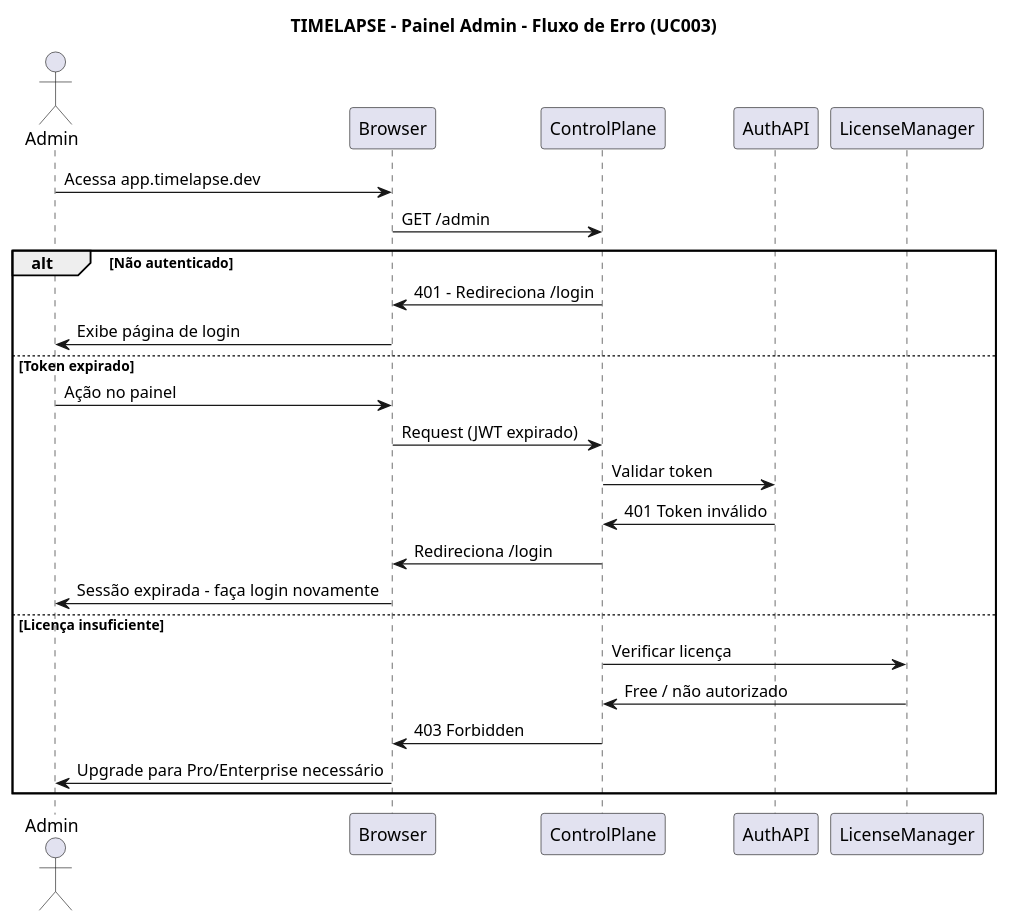
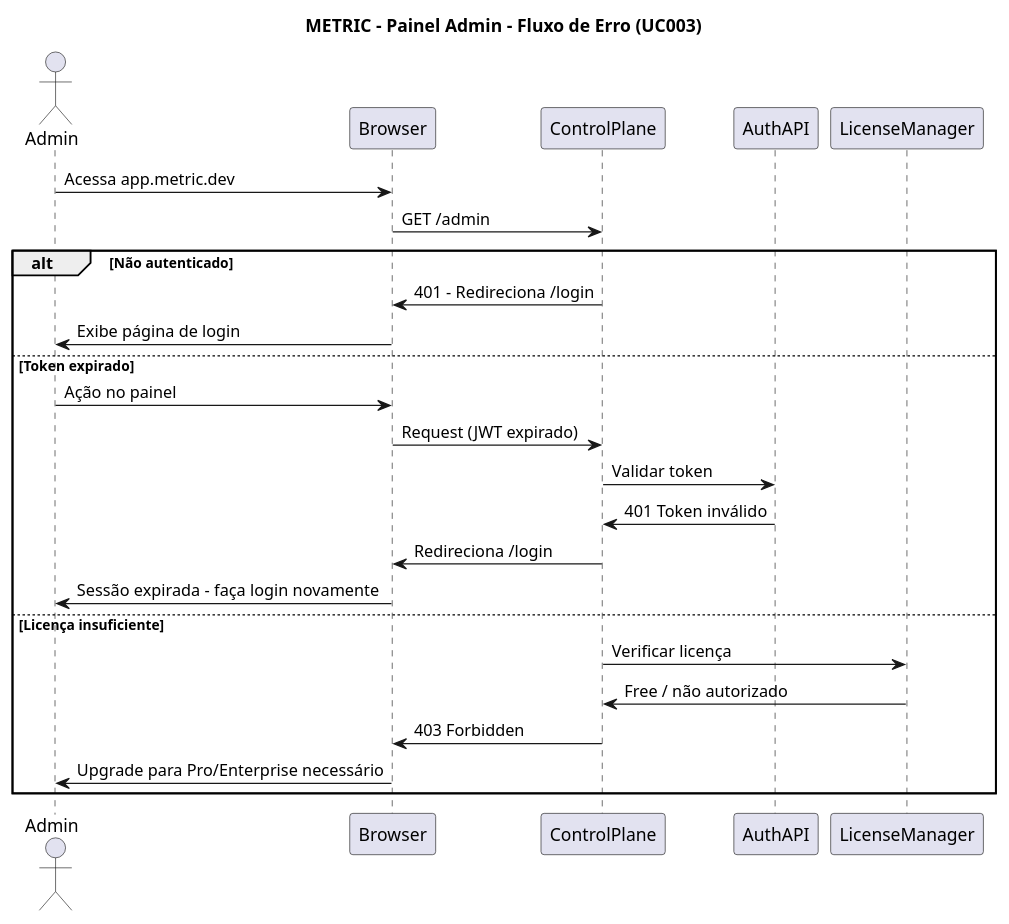
One commit to Gustavohps10/metric changed the diagram in docs/srs/diagrams/puml/flow/diagram-flow-011-panel-admin-error.puml. Above: the diagram before and after it, drawn with PlantUML. The commit also changed 208 other files, not shown here.

Commit message:
chore: rename project from timelapse to metric

```diff
--- a/docs/srs/diagrams/puml/flow/diagram-flow-011-panel-admin-error.puml
+++ b/docs/srs/diagrams/puml/flow/diagram-flow-011-panel-admin-error.puml
@@ -1,28 +1,28 @@
 @startuml PanelAdminErrorFlow
-title TIMELAPSE - Painel Admin - Fluxo de Erro (UC003)
+title METRIC - Painel Admin - Fluxo de Erro (UC003)
 actor Admin
 participant Browser
 participant ControlPlane
 participant AuthAPI
 participant LicenseManager
 
-Admin -> Browser: Acessa app.timelapse.dev
+Admin -> Browser: Acessa app.metric.dev
 Browser -> ControlPlane: GET /admin
 
 alt Não autenticado
     ControlPlane -> Browser: 401 - Redireciona /login
     Browser -> Admin: Exibe página de login
 else Token expirado
     Admin -> Browser: Ação no painel
     Browser -> ControlPlane: Request (JWT expirado)
     ControlPlane -> AuthAPI: Validar token
     AuthAPI -> ControlPlane: 401 Token inválido
     ControlPlane -> Browser: Redireciona /login
     Browser -> Admin: Sessão expirada - faça login novamente
 else Licença insuficiente
     ControlPlane -> LicenseManager: Verificar licença
     LicenseManager -> ControlPlane: Free / não autorizado
     ControlPlane -> Browser: 403 Forbidden
     Browser -> Admin: Upgrade para Pro/Enterprise necessário
 end
 @enduml
```
